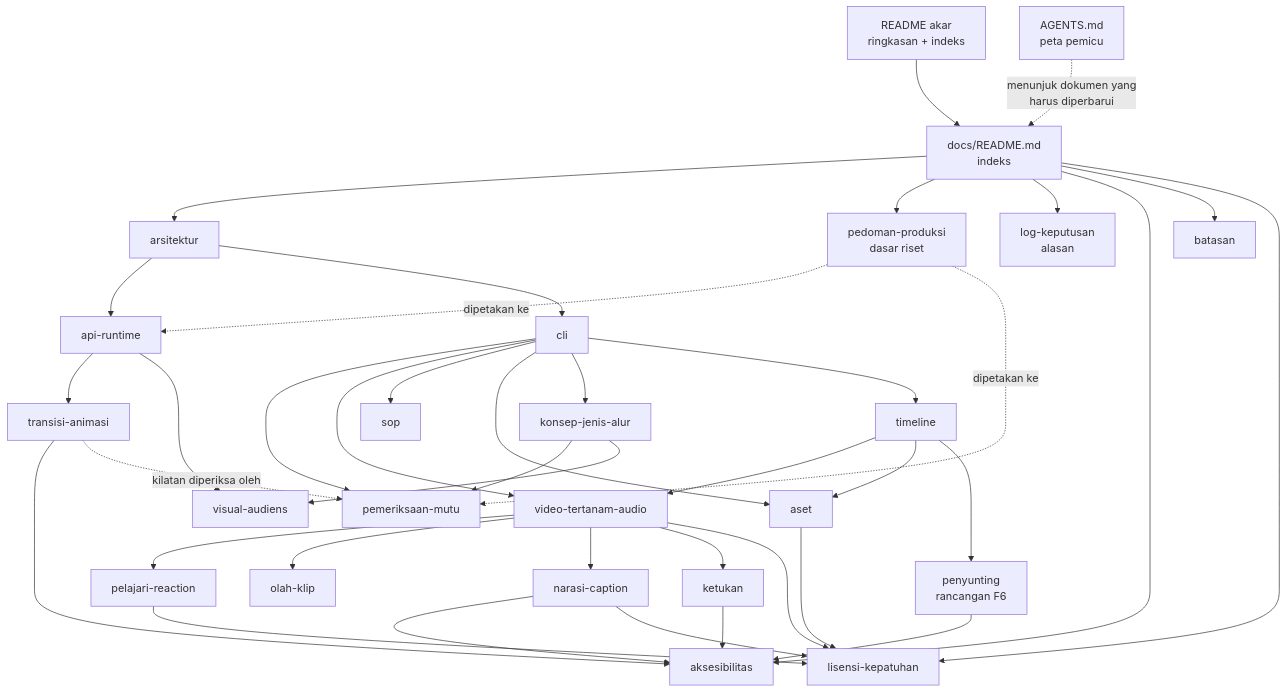
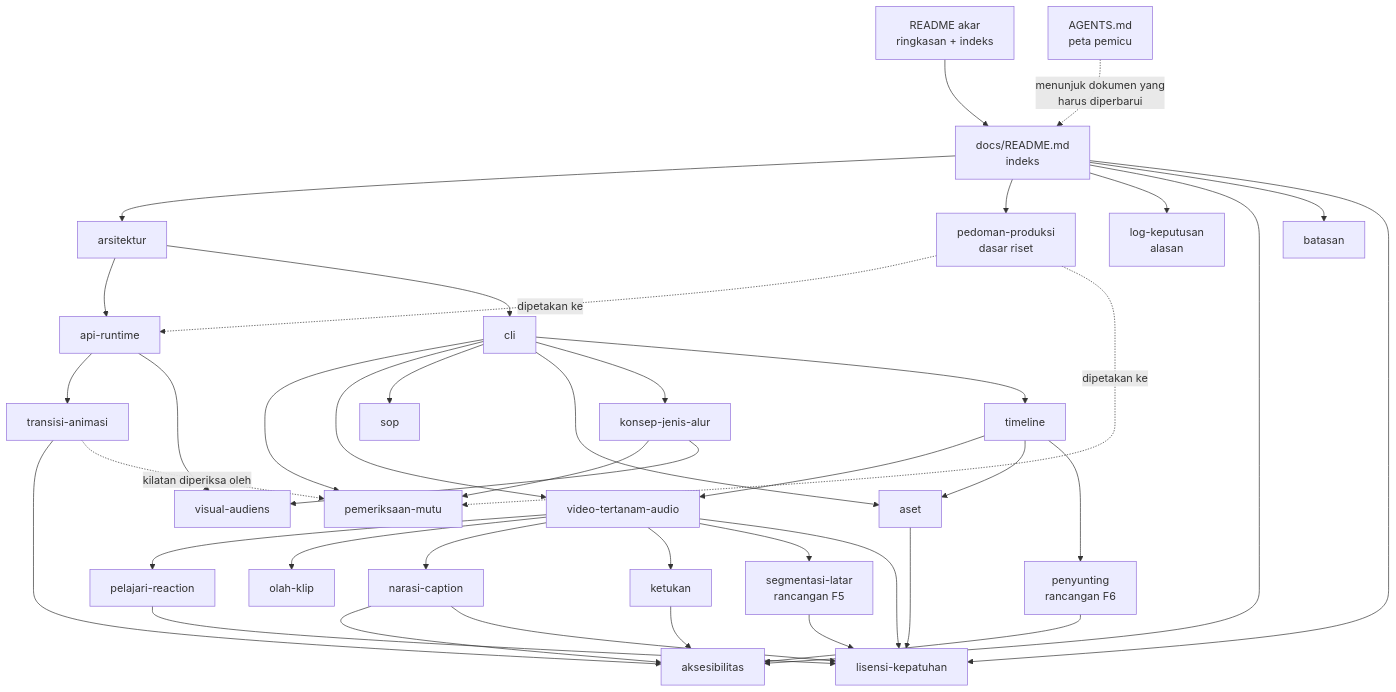
One commit to ahliweb/awvd changed the diagram in docs/README.md. Above: the diagram before and after it, drawn with Mermaid. The commit also changed other lines of this file and 6 other files, not shown here.

First line of the commit message:
docs: riset dan rancangan hapus latar lokal (#51)

````diff
--- a/docs/README.md
+++ b/docs/README.md
@@ -46,41 +47,43 @@
 ```mermaid
 flowchart TD
     R[README akar<br/>ringkasan + indeks] --> I[docs/README.md<br/>indeks]
     I --> A[arsitektur]
     A --> API[api-runtime]
     API --> TRA[transisi-animasi]
     A --> CLI[cli]
     CLI --> QC[pemeriksaan-mutu]
     CLI --> KLP[video-tertanam-audio]
     KLP --> PLJ[pelajari-reaction]
     KLP --> OLH[olah-klip]
     KLP --> NAR[narasi-caption]
     NAR --> AKS
     KLP --> KET[ketukan]
     KET --> AKS
     NAR --> LIS
     PLJ --> LIS
     CLI --> SOP[sop]
     CLI --> ASET[aset]
     ASET --> LIS
     CLI --> KON[konsep-jenis-alur]
     KON --> QC
     CLI --> TML[timeline]
     TML --> KLP
     TML --> ASET
+    KLP --> SEG[segmentasi-latar<br/>rancangan F5]
+    SEG --> LIS
     TML --> PNY[penyunting<br/>rancangan F6]
     PNY --> AKS
     KON --> VIS[visual-audiens]
     API --> VIS
     I --> PP[pedoman-produksi<br/>dasar riset]
     I --> LK[log-keputusan<br/>alasan]
     I --> AKS[aksesibilitas]
     TRA --> AKS
     I --> BAT[batasan]
     I --> LIS[lisensi-kepatuhan]
     KLP --> LIS
     PP -.->|dipetakan ke| API
     PP -.->|dipetakan ke| QC
     TRA -.->|kilatan diperiksa oleh| QC
     AG[AGENTS.md<br/>peta pemicu] -.->|menunjuk dokumen yang<br/>harus diperbarui| I
 ```
````
